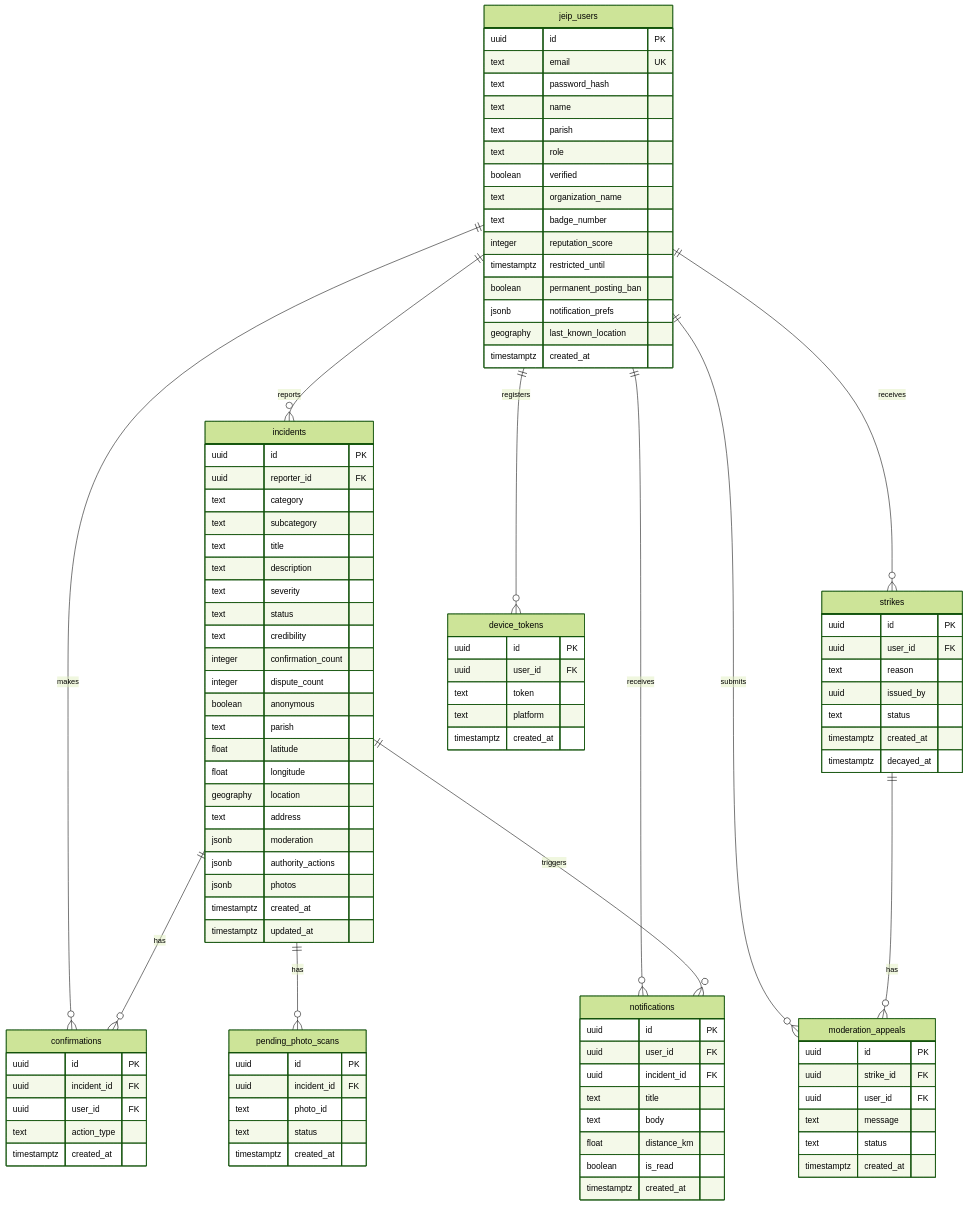
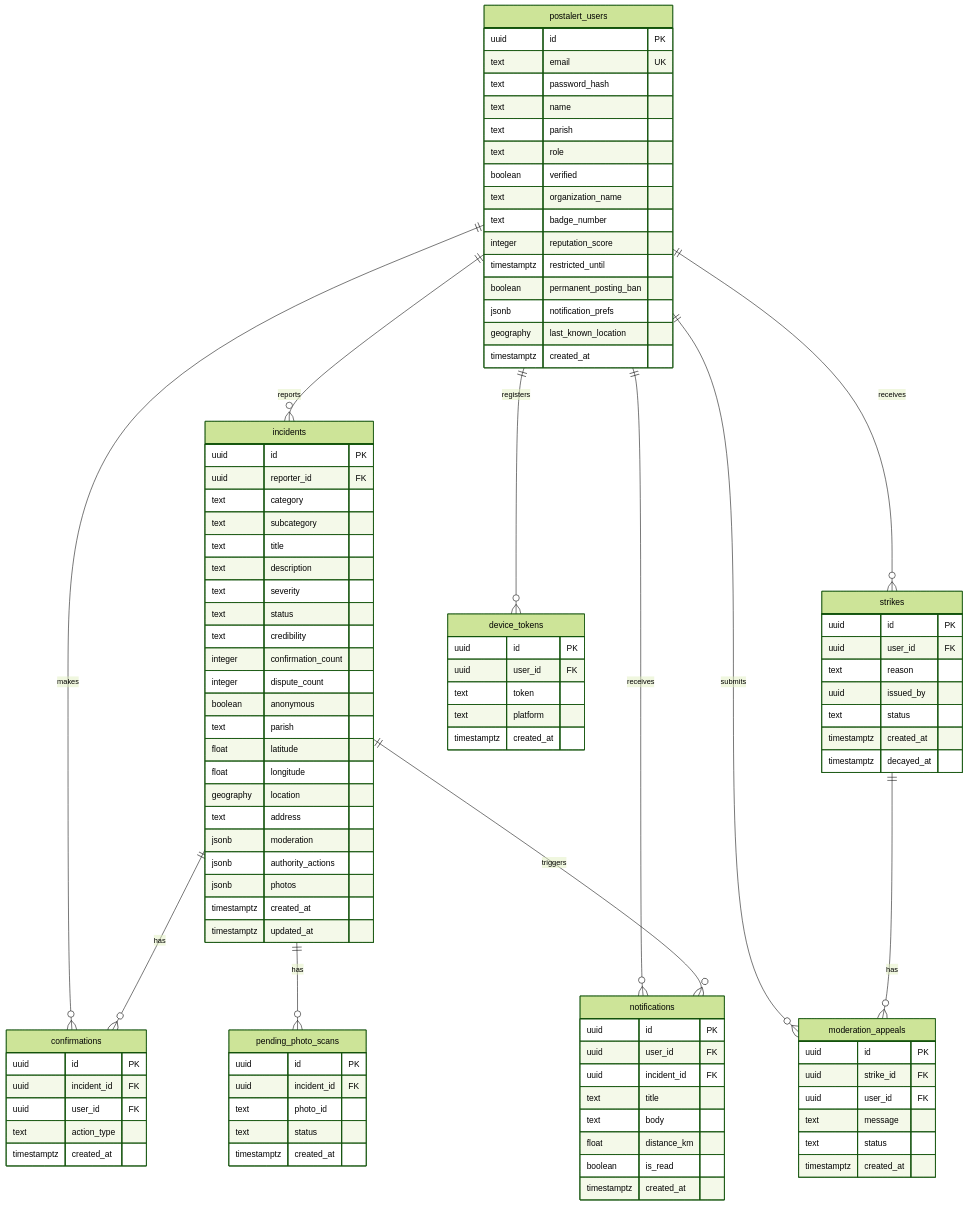
The sixth of 6 diagrams in .kiro/specs/postalert-mvp/design.md (Assas2401419/PostAlert), drawn with Mermaid (forest theme) before and after one commit. The commit also changed 16 other files, not shown here.

````diff
--- a/.kiro/specs/postalert-mvp/design.md
+++ b/.kiro/specs/postalert-mvp/design.md
@@ -486,17 +486,17 @@
 ```mermaid
 erDiagram
-    jeip_users ||--o{ incidents : reports
-    jeip_users ||--o{ confirmations : makes
-    jeip_users ||--o{ strikes : receives
-    jeip_users ||--o{ device_tokens : registers
-    jeip_users ||--o{ notifications : receives
-    jeip_users ||--o{ moderation_appeals : submits
+    postalert_users ||--o{ incidents : reports
+    postalert_users ||--o{ confirmations : makes
+    postalert_users ||--o{ strikes : receives
+    postalert_users ||--o{ device_tokens : registers
+    postalert_users ||--o{ notifications : receives
+    postalert_users ||--o{ moderation_appeals : submits
     incidents ||--o{ confirmations : has
     incidents ||--o{ pending_photo_scans : has
     incidents ||--o{ notifications : triggers
     strikes ||--o{ moderation_appeals : has
 
-    jeip_users {
+    postalert_users {
         uuid id PK
         text email UK
         text password_hash
````
